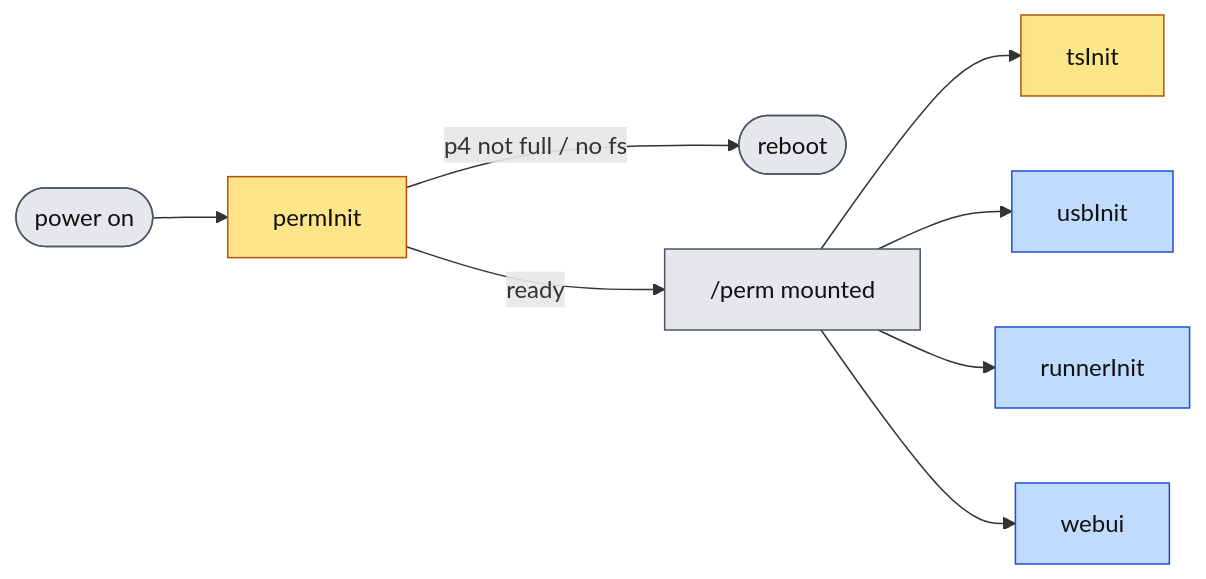
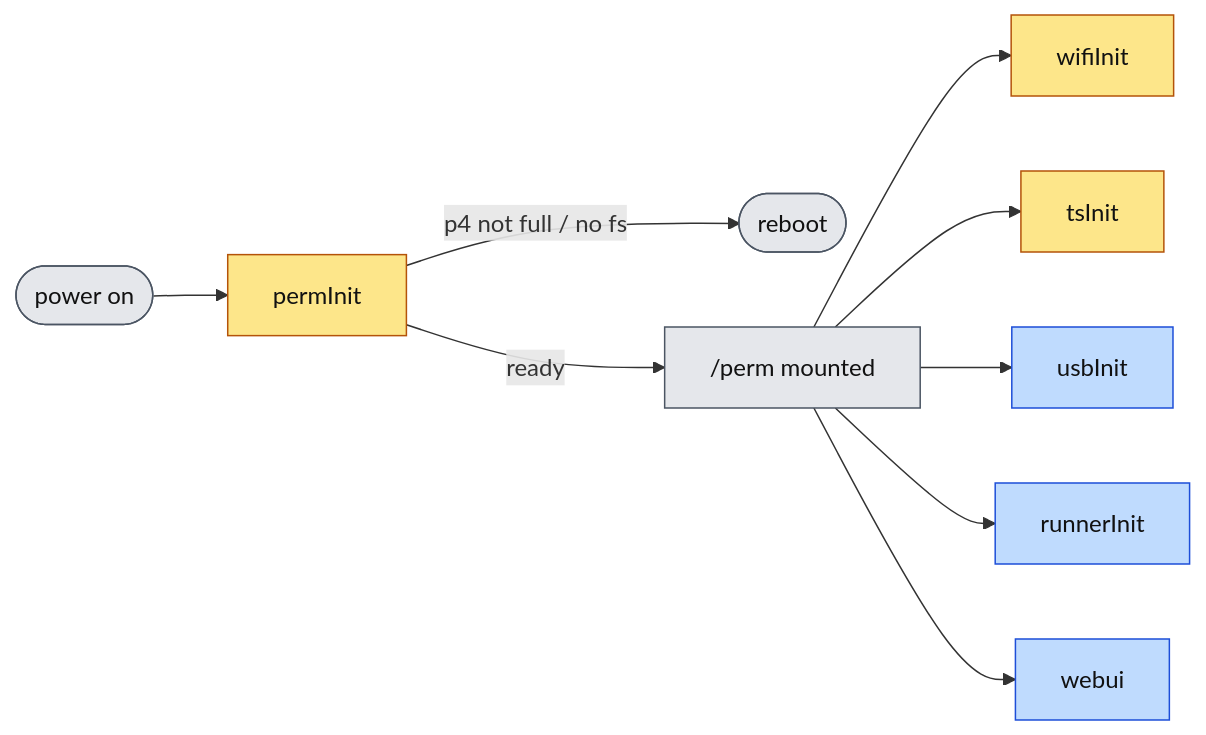
The first of 4 diagrams in README.md (denysvitali/gokrazy-runner), drawn with Mermaid before and after one commit. The commit also changed other lines of this file and 26 other files, not shown here.

````diff
--- a/README.md
+++ b/README.md
@@ -20,15 +20,15 @@
 ```mermaid
 flowchart LR
     boot([power on]) --> permInit
     permInit -- "p4 not full / no fs" --> reboot([reboot])
     permInit -- "ready" --> mount["/perm mounted"]
-    mount --> tsInit & usbInit & runnerInit & webui
+    mount --> wifiInit & tsInit & usbInit & runnerInit & webui
 
     classDef oneshot fill:#fde68a,stroke:#b45309,color:#111
     classDef longlived fill:#bfdbfe,stroke:#1d4ed8,color:#111
     classDef event fill:#e5e7eb,stroke:#4b5563,color:#111
 
-    class permInit,tsInit oneshot
+    class permInit,tsInit,wifiInit oneshot
     class usbInit,runnerInit,webui longlived
     class boot,reboot,mount event
 ```
````
